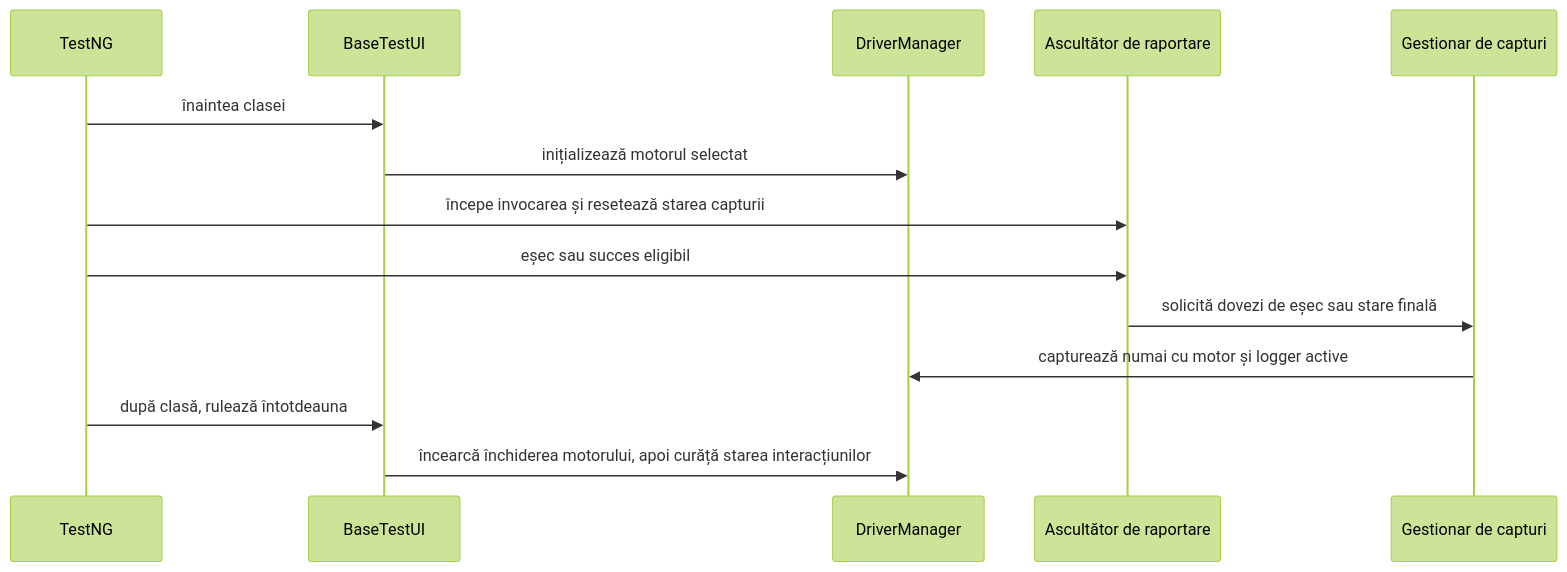
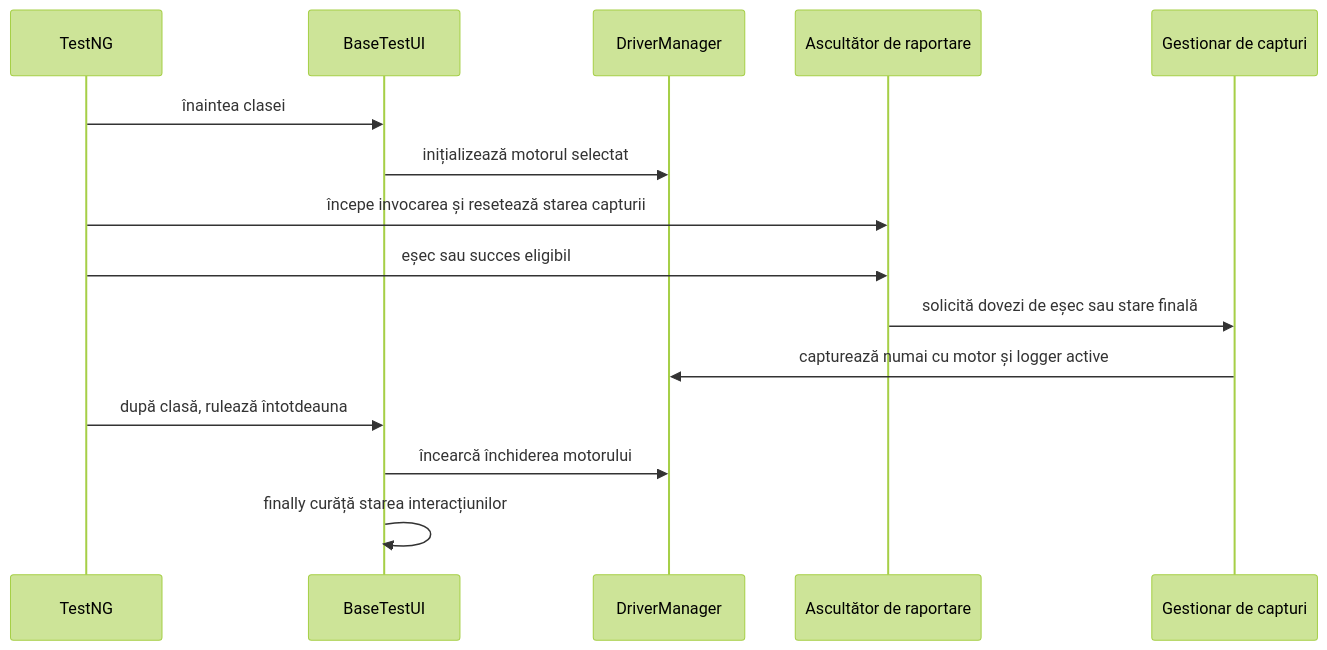
Before and after one commit to crististefanita/ATF_AI: the fifth of 7 diagrams in docs/Living_Architecture_UI_API_doc_v1_0.md, drawn with Mermaid (forest theme). The commit also changed other lines of this file and 23 other files, not shown here.

````diff
--- a/docs/Living_Architecture_UI_API_doc_v1_0.md
+++ b/docs/Living_Architecture_UI_API_doc_v1_0.md
@@ -474,16 +488,17 @@
 ```mermaid
 sequenceDiagram
     participant TestNG
     participant Base as BaseTestUI
     participant Driver as DriverManager
     participant Listener as Ascultător de raportare
     participant Capture as Gestionar de capturi
     TestNG->>Base: înaintea clasei
     Base->>Driver: inițializează motorul selectat
     TestNG->>Listener: începe invocarea și resetează starea capturii
     TestNG->>Listener: eșec sau succes eligibil
     Listener->>Capture: solicită dovezi de eșec sau stare finală
     Capture->>Driver: capturează numai cu motor și logger active
     TestNG->>Base: după clasă, rulează întotdeauna
-    Base->>Driver: încearcă închiderea motorului, apoi curăță starea interacțiunilor
+    Base->>Driver: încearcă închiderea motorului
+    Base->>Base: finally curăță starea interacțiunilor
 ```
````
